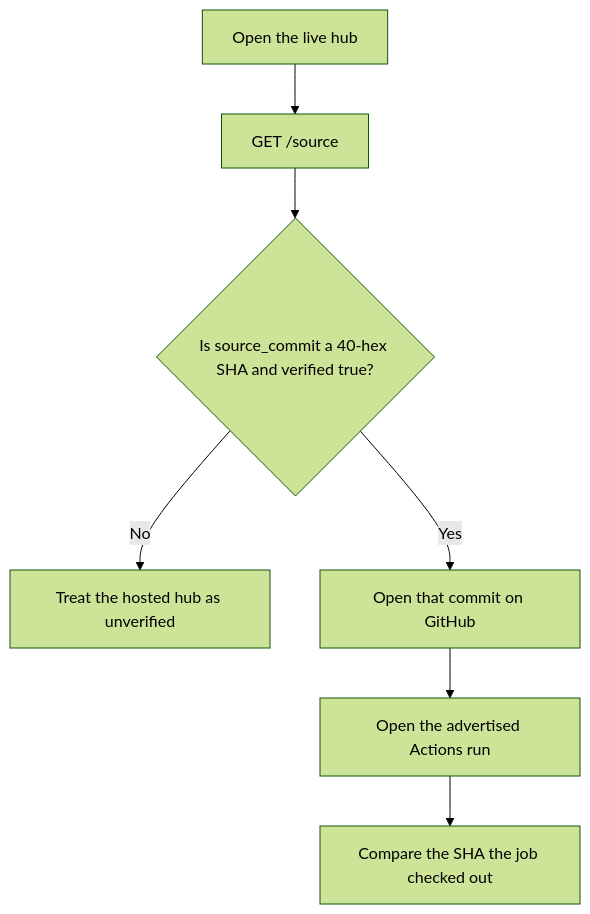
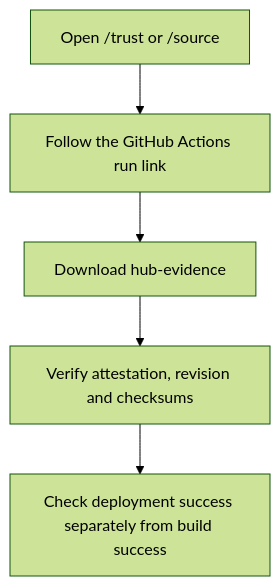
One commit to TITOCHAN2023/fleetForAgent changed the second of 3 diagrams in docs/blog/same-source-as-github.en.md. Above: the diagram before and after it, drawn with Mermaid (forest theme). The commit also changed other lines of this file and 17 other files, not shown here.

Commit message:
Publish Hub build evidence and pin a living trust guide

````diff
--- a/docs/blog/same-source-as-github.en.md
+++ b/docs/blog/same-source-as-github.en.md
@@ -11,11 +25,7 @@
 ```mermaid
 flowchart TD
-  accTitle: How a reader checks the hosted hub against GitHub
-  accDescr: The reader asks the live hub for its source identity, then compares the reported git commit to the public repository and to the GitHub Actions run that deployed it.
-  A["Open the live hub"] --> B["GET /source"]
-  B --> C{"Is source_commit a 40-hex SHA and verified true?"}
-  C -->|"No"| D["Treat the hosted hub as unverified"]
-  C -->|"Yes"| E["Open that commit on GitHub"]
-  E --> F["Open the advertised Actions run"]
-  F --> G["Compare the SHA the job checked out"]
+  A["Open /trust or /source"] --> B["Follow the GitHub Actions run link"]
+  B --> C["Download hub-evidence"]
+  C --> D["Verify attestation, revision and checksums"]
+  D --> E["Check deployment success separately from build success"]
 ```
````
